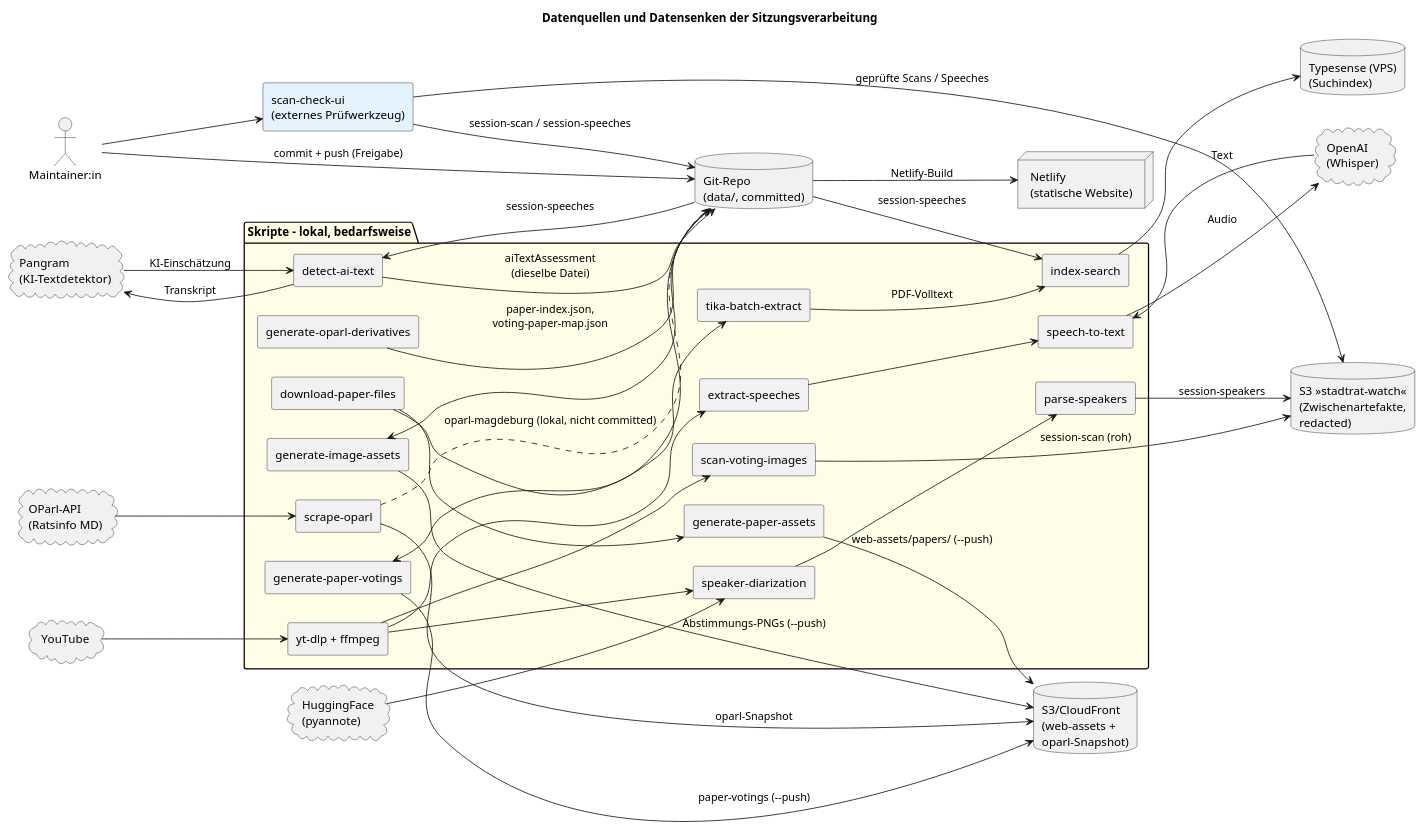
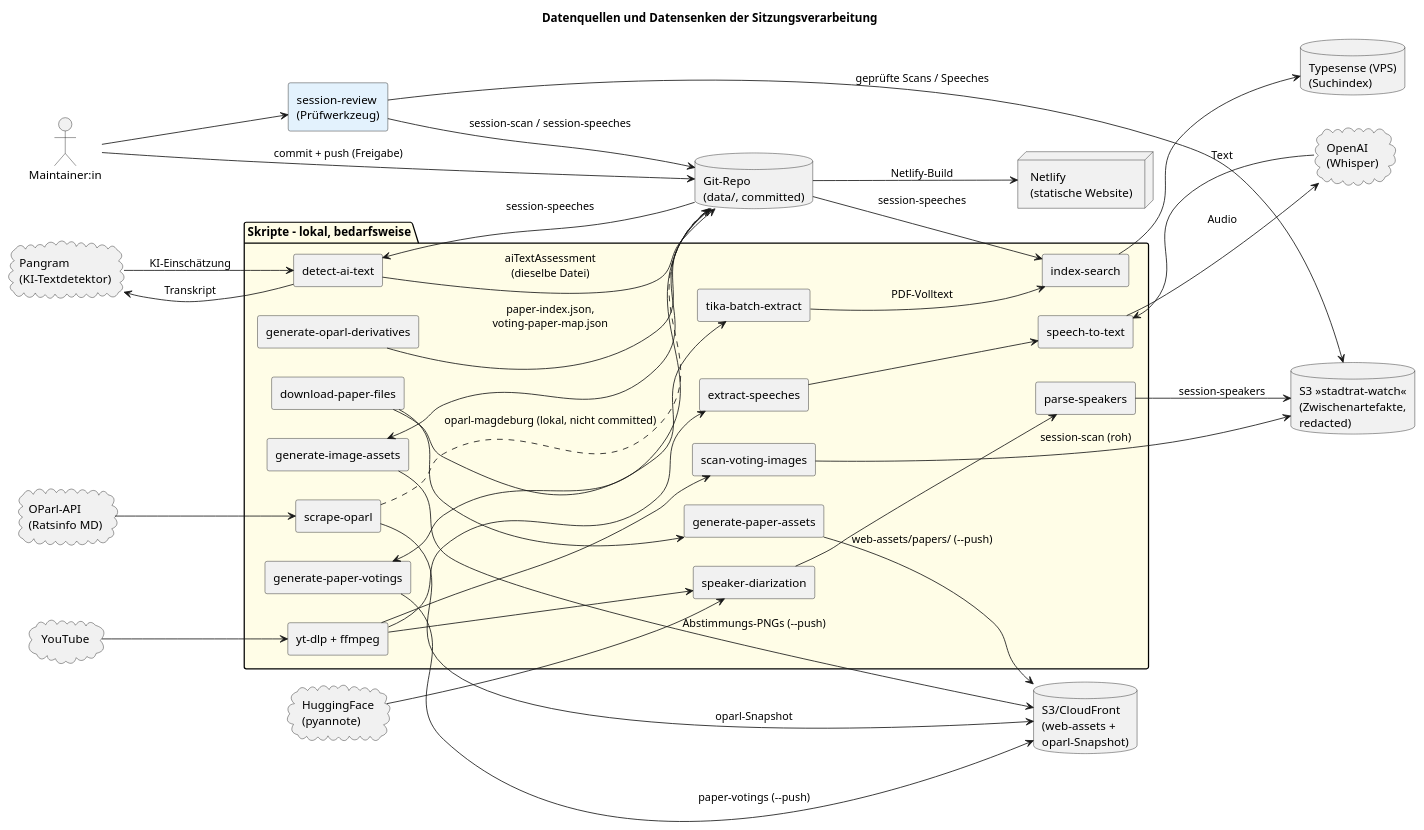
Before and after one commit to ungeschneuer/StadtratWatch-Leipzig: the diagram in docs/guides/session-processing/session-processing-dataflow.puml, drawn with PlantUML. The commit also changed 44 other files, not shown here.

First line of the commit message:
feat: add session-review tool (#528)

```diff
--- a/docs/guides/session-processing/session-processing-dataflow.puml
+++ b/docs/guides/session-processing/session-processing-dataflow.puml
@@ -8,87 +8,87 @@
 @startuml session-processing-dataflow
 title Datenquellen und Datensenken der Sitzungsverarbeitung
 
 skinparam shadowing false
 skinparam componentStyle rectangle
 skinparam wrapWidth 200
 left to right direction
 
 actor "Maintainer:in" as M
 
 cloud "OParl-API\n(Ratsinfo MD)" as OParl
 cloud "YouTube" as YT
 cloud "HuggingFace\n(pyannote)" as HF
 cloud "OpenAI\n(Whisper)" as OAI
 cloud "Pangram\n(KI-Textdetektor)" as PG
-component "scan-check-ui\n(externes Prüfwerkzeug)" as UI #E3F2FD
+component "session-review\n(Prüfwerkzeug)" as UI #E3F2FD
 
 package "Skripte - lokal, bedarfsweise" #FFFDE7 {
   component "scrape-oparl" as SCRAPE
   component "download-paper-files" as DPF
   component "generate-paper-assets" as GPA
   component "generate-oparl-derivatives" as GOD
   component "tika-batch-extract" as TIKA
   component "yt-dlp + ffmpeg" as MEDIA
   component "scan-voting-images" as SVI
   component "speaker-diarization" as SD
   component "parse-speakers" as PS
   component "extract-speeches" as ES
   component "speech-to-text" as STT
   component "detect-ai-text" as DAT
   component "generate-image-assets" as GIA
   component "generate-paper-votings" as GPV
   component "index-search" as IDX
 }
 
 database "Git-Repo\n(data/, committed)" as GIT
 database "S3 »stadtrat-watch«\n(Zwischenartefakte,\nredacted)" as S3RAW
 database "S3/CloudFront\n(web-assets +\noparl-Snapshot)" as S3WEB
 database "Typesense (VPS)\n(Suchindex)" as TS
 node "Netlify\n(statische Website)" as NET
 
 ' --- Quellen ---
 OParl --> SCRAPE
 YT --> MEDIA
 HF --> SD
 STT --> OAI : Audio
 OAI --> STT : Text
 DAT --> PG : Transkript
 PG --> DAT : KI-Einschätzung
 
 ' --- OParl-/Drucksachen-Zweig ---
 SCRAPE --> S3WEB : oparl-Snapshot
 SCRAPE ..> GIT : oparl-magdeburg (lokal, nicht committed)
 DPF --> GPA
 GPA --> S3WEB : web-assets/papers/ (--push)
 GOD --> GIT : paper-index.json,\nvoting-paper-map.json
 DPF --> TIKA
 TIKA --> IDX : PDF-Volltext
 
 ' --- Video-Zweig ---
 MEDIA --> SVI
 MEDIA --> SD
 SVI --> S3RAW : session-scan (roh)
 SD --> PS
 PS --> S3RAW : session-speakers
 MEDIA --> ES
 ES --> STT
 
 ' --- Manuelle Prüfung ---
 M --> UI
 UI --> S3RAW : geprüfte Scans / Speeches
 UI --> GIT : session-scan / session-speeches
 
 ' --- Zusammenführung ---
 GIT --> GIA
 GIA --> S3WEB : Abstimmungs-PNGs (--push)
 GIT --> GPV
 GPV --> S3WEB : paper-votings (--push)
 GIT --> IDX : session-speeches
 GIT --> DAT : session-speeches
 DAT --> GIT : aiTextAssessment\n(dieselbe Datei)
 IDX --> TS
 
 ' --- Veröffentlichung ---
 M --> GIT : commit + push (Freigabe)
 GIT --> NET : Netlify-Build
 @enduml
```
